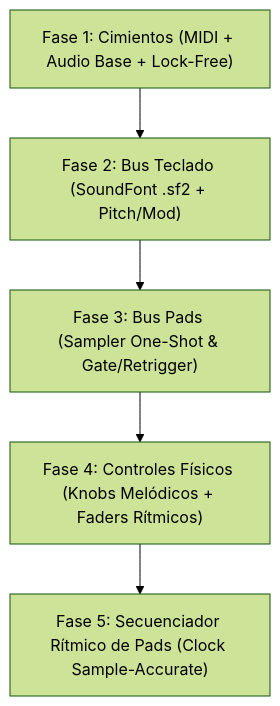
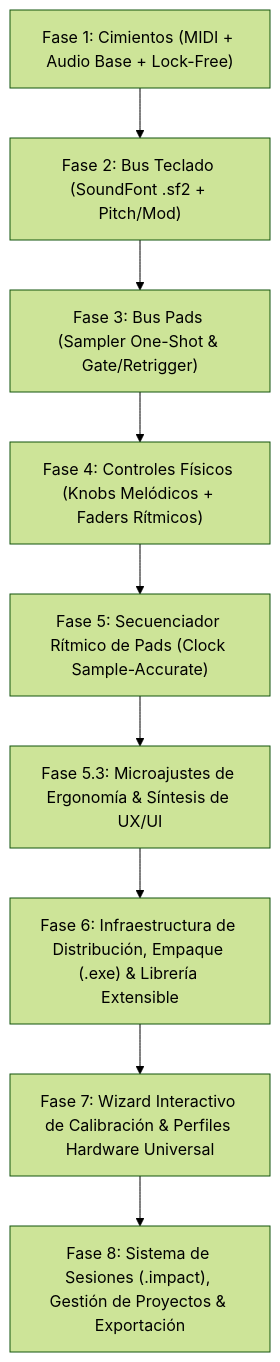
The diagram in PLAN_DE_TRABAJO.md (Vladivostok214/ImpactSamplerStudio), drawn with Mermaid (forest theme) before and after one commit. The commit also changed other lines of this file and 8 other files, not shown here.

Commit message:
feat(fase-6): empaque nativo de instalador, resolucion multi-tier de recursos y depuracion de tooltips (fase 5.3)

````diff
--- a/PLAN_DE_TRABAJO.md
+++ b/PLAN_DE_TRABAJO.md
@@ -22,7 +22,11 @@
 ```mermaid
 flowchart TD
     F1["Fase 1: Cimientos (MIDI + Audio Base + Lock-Free)"] --> F2["Fase 2: Bus Teclado (SoundFont .sf2 + Pitch/Mod)"]
     F2 --> F3["Fase 3: Bus Pads (Sampler One-Shot & Gate/Retrigger)"]
     F3 --> F4["Fase 4: Controles Físicos (Knobs Melódicos + Faders Rítmicos)"]
     F4 --> F5["Fase 5: Secuenciador Rítmico de Pads (Clock Sample-Accurate)"]
+    F5 --> F53["Fase 5.3: Microajustes de Ergonomía & Síntesis de UX/UI"]
+    F53 --> F6["Fase 6: Infraestructura de Distribución, Empaque (.exe) & Librería Extensible"]
+    F6 --> F7["Fase 7: Wizard Interactivo de Calibración & Perfiles Hardware Universal"]
+    F7 --> F8["Fase 8: Sistema de Sesiones (.impact), Gestión de Proyectos & Exportación"]
 ```
````
